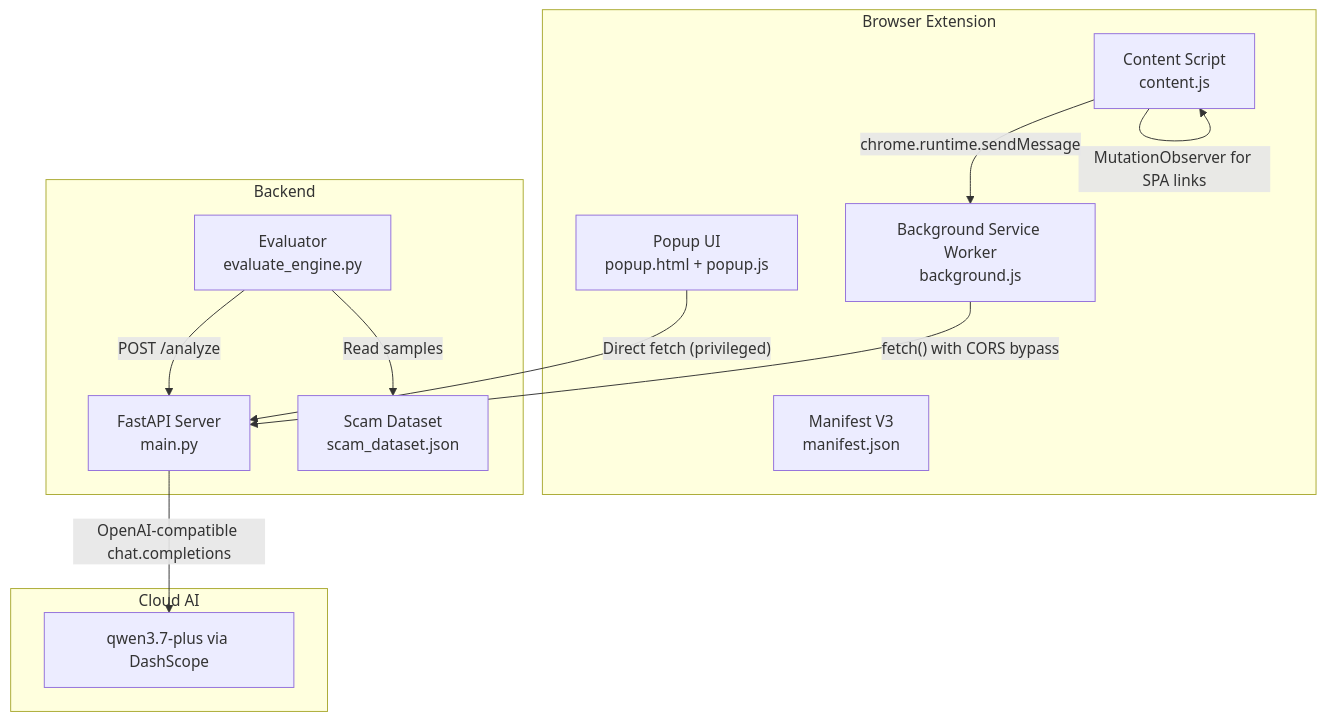
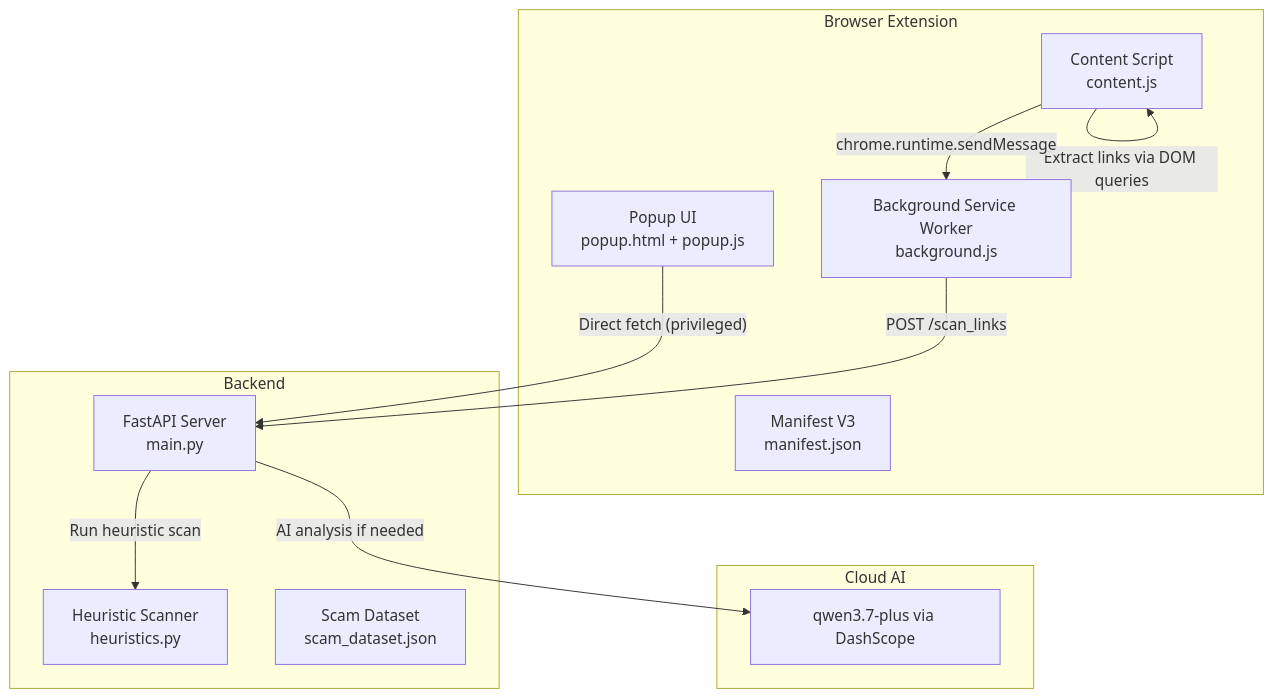
The first of 7 diagrams in .qoder/repowiki/en/content/Threat Detection Engine.md (Aymanaahh/scrollguard-ai), drawn with Mermaid before and after one commit. The commit also changed other lines of this file and 36 other files, not shown here.

Commit message:
Major refactor: async backend, improved heuristics, modernized popup UI, and optimized content script with MutationObserver + deduplication

````diff
--- a/.qoder/repowiki/en/content/Threat Detection Engine.md
+++ b/.qoder/repowiki/en/content/Threat Detection Engine.md
@@ -49,25 +48,23 @@
 ```mermaid
 graph TB
 subgraph "Browser Extension"
+CS["Content Script<br/>content.js"]
 BSW["Background Service Worker<br/>background.js"]
-CS["Content Script<br/>content.js"]
 POP["Popup UI<br/>popup.html + popup.js"]
 MAN["Manifest V3<br/>manifest.json"]
 end
 subgraph "Backend"
 API["FastAPI Server<br/>main.py"]
-EVAL["Evaluator<br/>evaluate_engine.py"]
+HEUR["Heuristic Scanner<br/>heuristics.py"]
 DATA["Scam Dataset<br/>scam_dataset.json"]
 end
 subgraph "Cloud AI"
 LLM["qwen3.7-plus via DashScope"]
 end
-CS --> |"Local pattern scan"| CS
+CS --> |"Extract links via DOM queries"| CS
 CS --> |"chrome.runtime.sendMessage"| BSW
 POP --> |"Direct fetch (privileged)"| API
-BSW --> |"fetch() with CORS bypass"| API
-API --> |"OpenAI-compatible chat.completions"| LLM
-EVAL --> |"POST /analyze"| API
-EVAL --> |"Read samples"| DATA
-CS --> |"MutationObserver for SPA links"| CS
+BSW --> |"POST /scan_links"| API
+API --> |"Run heuristic scan"| HEUR
+API --> |"AI analysis if needed"| LLM
 ```
````
